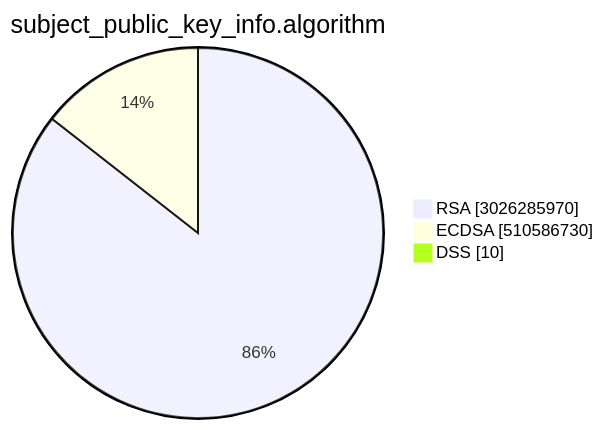
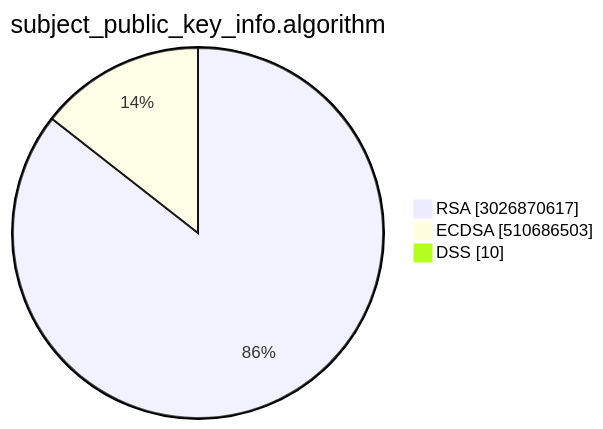
One commit to christiankrug/ctmonitor_visualization changed the second of 15 diagrams in TOTAL/README.md. Above: the diagram before and after it, drawn with Mermaid. The commit also changed other lines of this file, not shown here.

````diff
--- a/TOTAL/README.md
+++ b/TOTAL/README.md
@@ -6,7 +6,7 @@
 ```mermaid
 pie showData
 title subject_public_key_info.algorithm
-"RSA" :3026285970
-"ECDSA" :510586730
+"RSA" :3026870617
+"ECDSA" :510686503
 "DSS" :10
 ```
````
